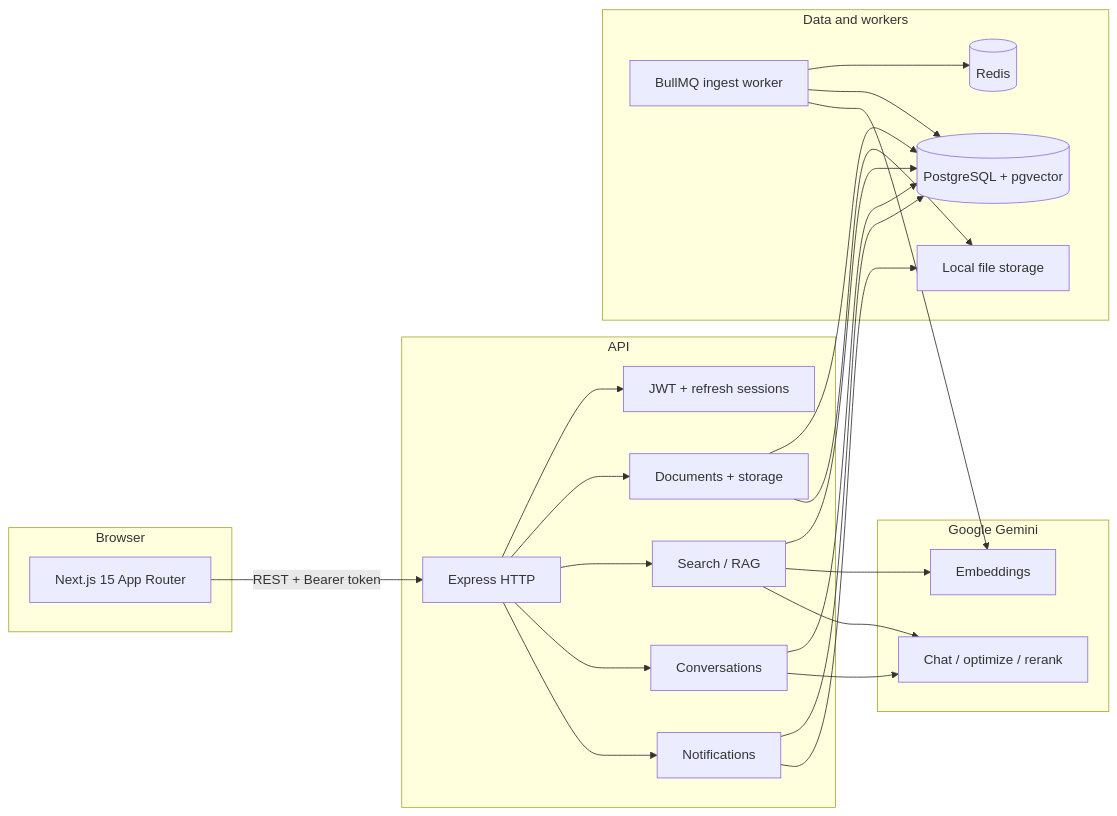
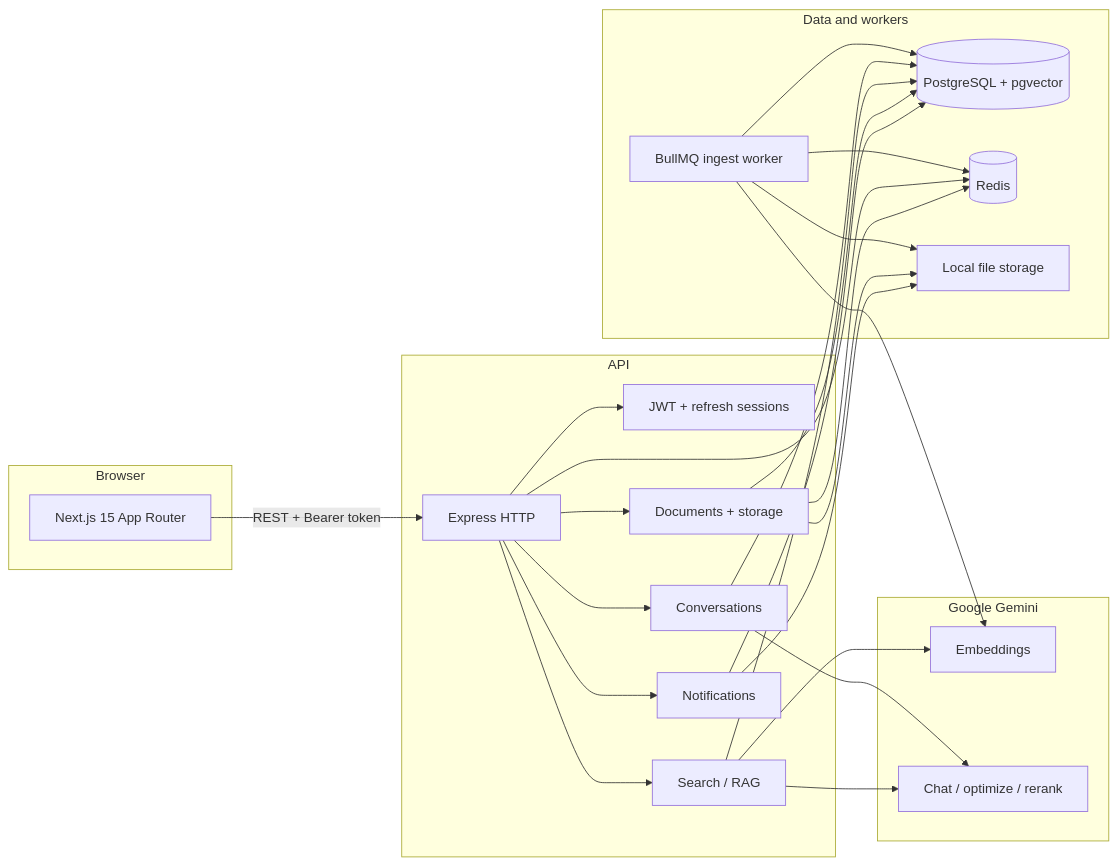
The diagram in README.md (adam5farhat/knowledge-platform), drawn with Mermaid before and after one commit. The commit also changed other lines of this file and 88 other files, not shown here.

````diff
--- a/README.md
+++ b/README.md
@@ -82,42 +100,45 @@
 ```mermaid
 flowchart LR
   subgraph clients [Browser]
     Web[Next.js 15 App Router]
   end
   subgraph api [API]
     Express[Express HTTP]
     Auth[JWT + refresh sessions]
     Docs[Documents + storage]
     Search[Search / RAG]
     Conv[Conversations]
     Notif[Notifications]
   end
   subgraph data [Data and workers]
     PG[(PostgreSQL + pgvector)]
     Redis[(Redis)]
     Bull[BullMQ ingest worker]
     Disk[Local file storage]
   end
   subgraph ai [Google Gemini]
     Emb[Embeddings]
     Chat[Chat / optimize / rerank]
   end
   Web -->|REST + Bearer token| Express
   Express --> Auth
   Express --> Docs
   Express --> Search
   Express --> Conv
   Express --> Notif
   Notif --> PG
   Notif --> Disk
   Docs --> PG
   Docs --> Disk
+  Docs --> Redis
+  Express --> Redis
   Search --> PG
   Search --> Emb
   Search --> Chat
   Conv --> PG
   Conv --> Chat
   Bull --> Redis
   Bull --> PG
+  Bull --> Disk
   Bull --> Emb
 ```
````
